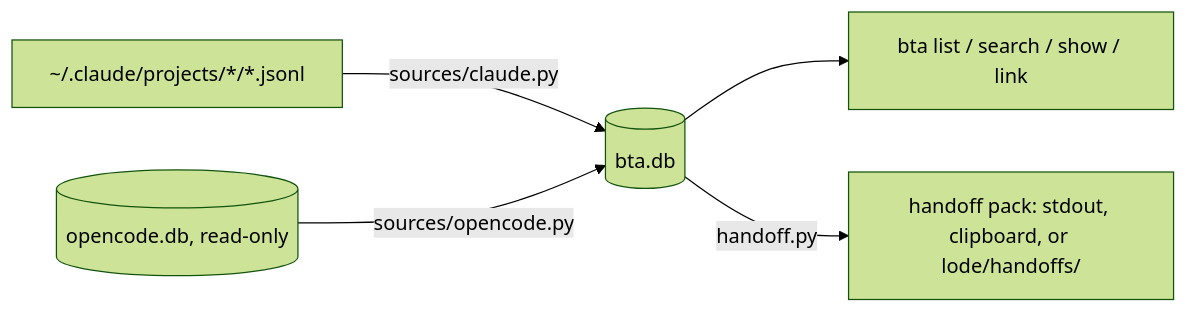
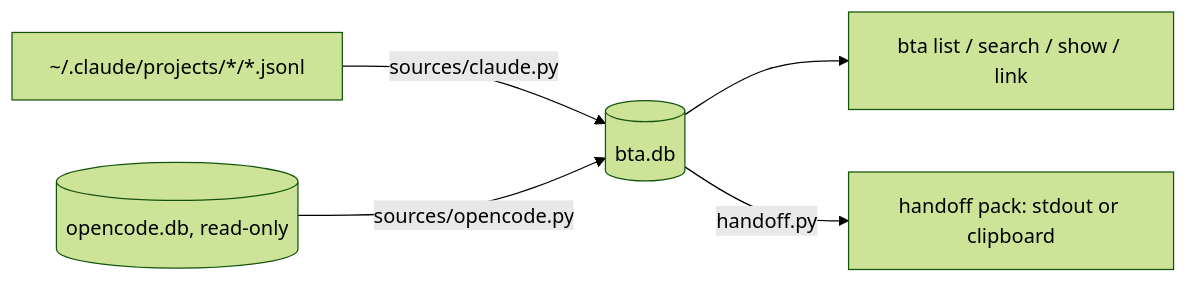
Before and after one commit to obakeng-develops/better-agent: the diagram in lode/summary.md, drawn with Mermaid (forest theme). The commit also changed 4 other files, not shown here.

First line of the commit message:
Remove handoff --to-lode

````diff
--- a/lode/summary.md
+++ b/lode/summary.md
@@ -5,7 +5,7 @@
 ```mermaid
 flowchart LR
   CC[~/.claude/projects/*/*.jsonl] -->|sources/claude.py| DB[(bta.db)]
   OC[(opencode.db, read-only)] -->|sources/opencode.py| DB
   DB --> CLI[bta list / search / show / link]
-  DB -->|handoff.py| PACK[handoff pack: stdout, clipboard, or lode/handoffs/]
+  DB -->|handoff.py| PACK[handoff pack: stdout or clipboard]
 ```
````
